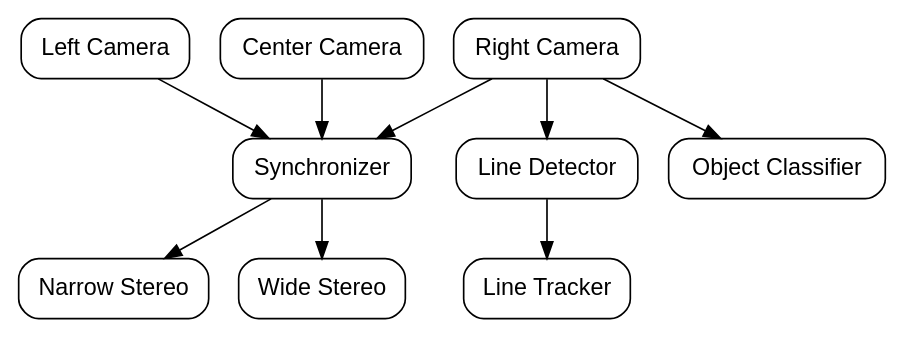
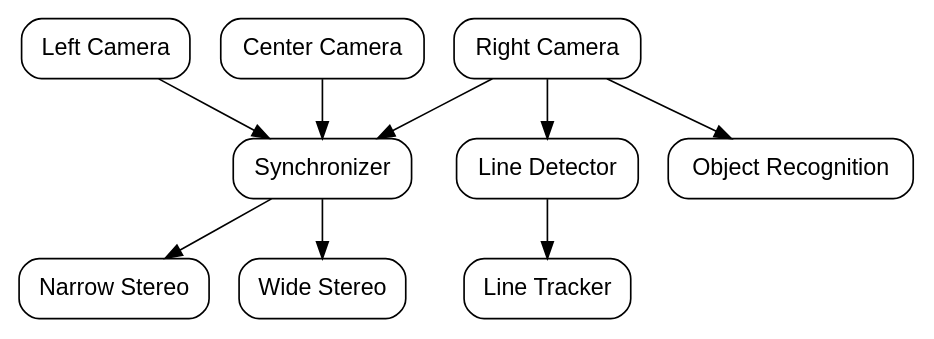
The diagram in interim/figures/robot-software-vision.dot (mkoval/capstone), drawn with Graphviz before and after one commit. The commit also changed 3 other files, not shown here.

```diff
--- a/interim/figures/robot-software-vision.dot
+++ b/interim/figures/robot-software-vision.dot
@@ -1,37 +1,37 @@
 digraph G {
 	size    = "12.0,8.0";
 
 	node [
 		shape    = "box",
 		style    = "rounded",
 		fontname = "Helvetica"
 	];
 
 	subgraph vision {
 		node [ color = black ];
 
-		camera_left         [ label = "Left Camera"       ];
-		camera_center       [ label = "Center Camera"     ];
-		camera_right        [ label = "Right Camera"      ];
-		camera_sync         [ label = "Synchronizer"      ];
-		narrow_stereo_proc  [ label = "Narrow Stereo"     ];
-		wide_stereo_proc    [ label = "Wide Stereo"       ];
-		line_detection_proc [ label = "Line Detector"     ];
-		line_tracking_proc  [ label = "Line Tracker"      ];
-		obj_recog_proc      [ label = "Object Classifier" ];
+		camera_left         [ label = "Left Camera"        ];
+		camera_center       [ label = "Center Camera"      ];
+		camera_right        [ label = "Right Camera"       ];
+		camera_sync         [ label = "Synchronizer"       ];
+		narrow_stereo_proc  [ label = "Narrow Stereo"      ];
+		wide_stereo_proc    [ label = "Wide Stereo"        ];
+		line_detection_proc [ label = "Line Detector"      ];
+		line_tracking_proc  [ label = "Line Tracker"       ];
+		obj_recog_proc      [ label = "Object Recognition" ];
 	}
 
 	// Stereo
 	camera_left         -> camera_sync;
 	camera_center       -> camera_sync [ weight = 100 ];
 	camera_right        -> camera_sync;
 	camera_sync         -> narrow_stereo_proc;
 	camera_sync         -> wide_stereo_proc [ weight = 100 ];
 
 	// Lane Tracking
 	camera_right        -> line_detection_proc [ weight = 100 ];
 	line_detection_proc -> line_tracking_proc;
 
 	// Object Recognition
 	camera_right        -> obj_recog_proc;
 }
```
